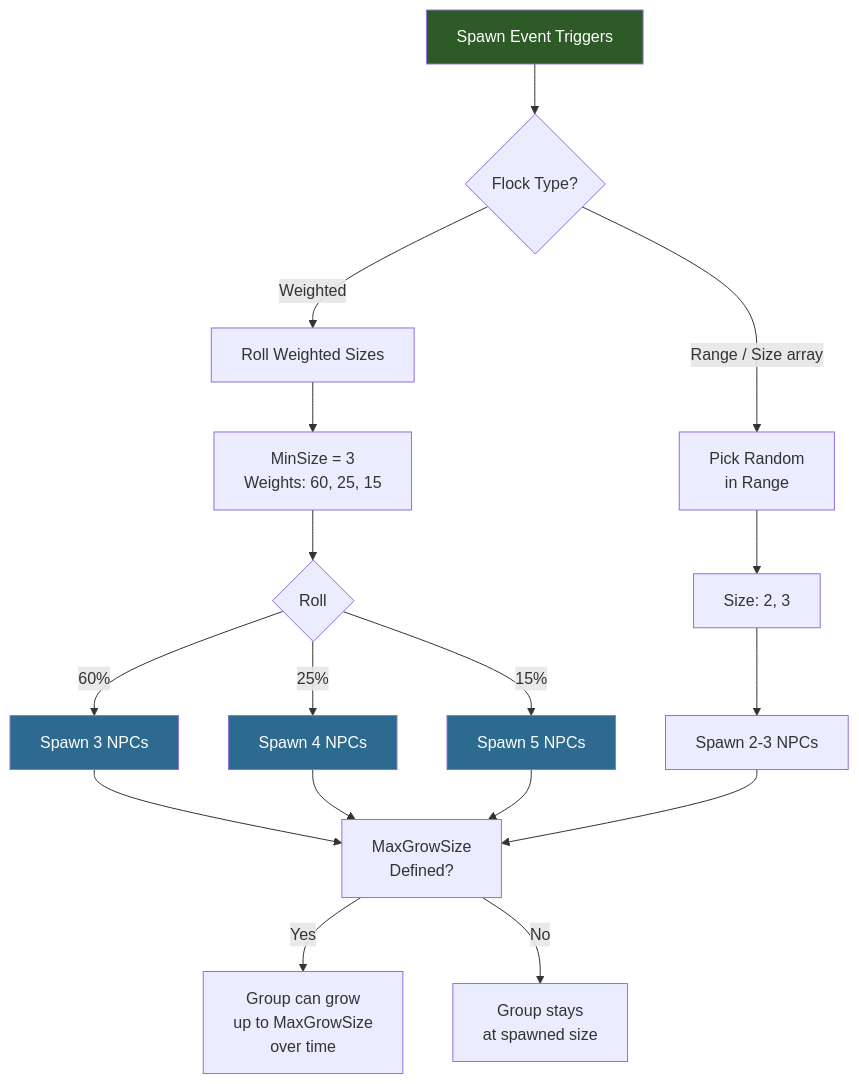
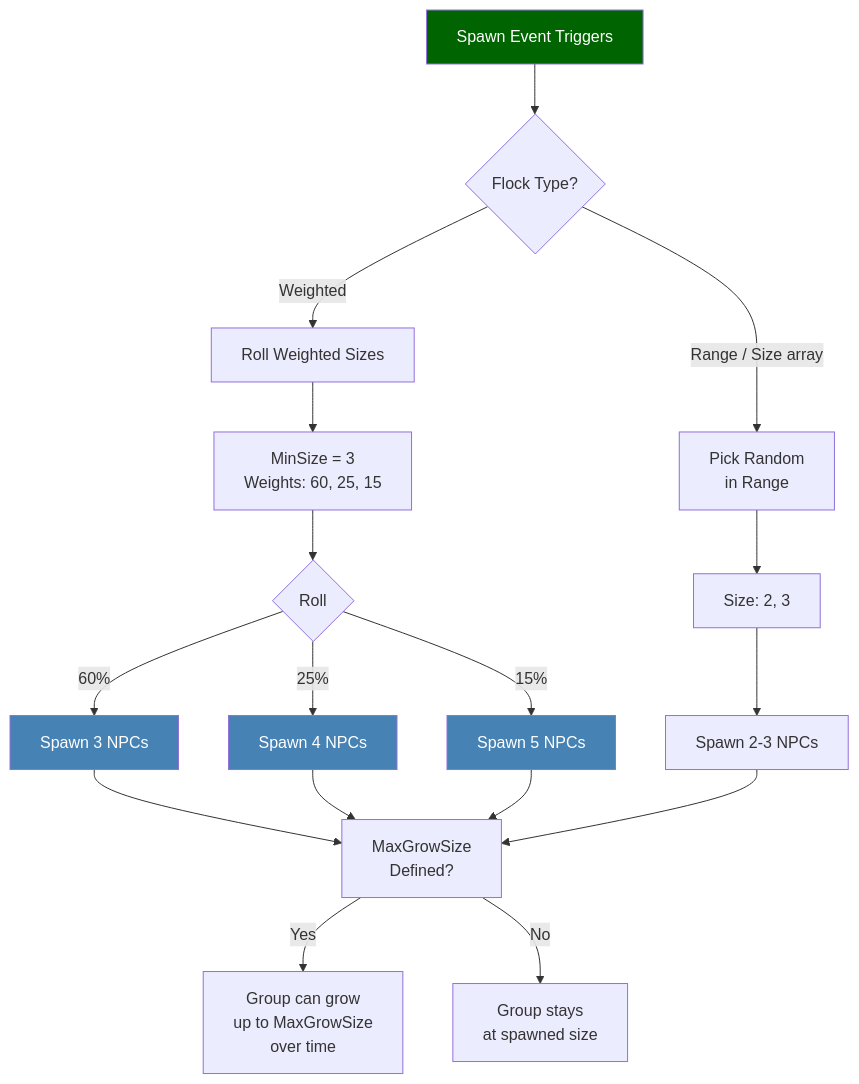
The diagram in src/content/docs/es/reference/npc-system/npc-flocks.md (nevesb/hytale-modding-docs), drawn with Mermaid before and after one commit. The commit also changed 34 other files, not shown here.

````diff
--- a/src/content/docs/es/reference/npc-system/npc-flocks.md
+++ b/src/content/docs/es/reference/npc-system/npc-flocks.md
@@ -12,29 +12,29 @@
 ```mermaid
-flowchart TD
+flowchart TD;
     A[Spawn Event Triggers] --> B{Flock Type?}
 
     B -->|"Weighted"| C[Roll Weighted Sizes]
-    B -->|"Range / Size array"| D["Pick Random<br/>in Range"]
+    B -->|"Range / Size array"| D["Pick Random<br>in Range"]
 
-    C --> E["MinSize = 3<br/>Weights: 60, 25, 15"]
+    C --> E["MinSize = 3<br>Weights: 60, 25, 15"]
     E --> F{Roll}
     F -->|"60%"| G[Spawn 3 NPCs]
     F -->|"25%"| H[Spawn 4 NPCs]
     F -->|"15%"| I[Spawn 5 NPCs]
 
     D --> J[Size: 2, 3]
     J --> K[Spawn 2-3 NPCs]
 
-    G --> L["MaxGrowSize<br/>Defined?"]
+    G --> L["MaxGrowSize<br>Defined?"]
     H --> L
     I --> L
     K --> L
 
-    L -->|"Yes"| M["Group can grow<br/>up to MaxGrowSize<br/>over time"]
-    L -->|"No"| N["Group stays<br/>at spawned size"]
+    L -->|"Yes"| M["Group can grow<br>up to MaxGrowSize<br>over time"]
+    L -->|"No"| N["Group stays<br>at spawned size"]
 
-    style A fill:#2d5a27,color:#fff
-    style G fill:#2d6a8f,color:#fff
-    style H fill:#2d6a8f,color:#fff
-    style I fill:#2d6a8f,color:#fff
+    style A fill:darkgreen,color:white
+    style G fill:steelblue,color:white
+    style H fill:steelblue,color:white
+    style I fill:steelblue,color:white
 ```
````
